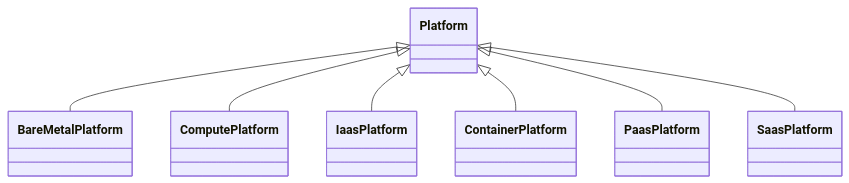
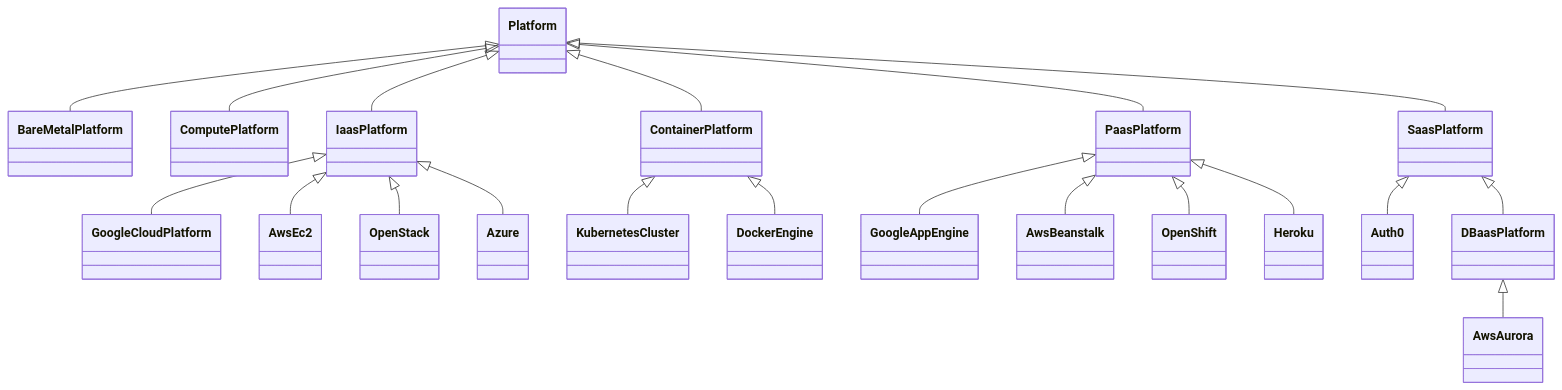
One commit to oasis-open/tosca-community-contributions changed the sixth of 7 diagrams in profiles/community/tosca/platform/README.md. Above: the diagram before and after it, drawn with Mermaid. The commit also changed other lines of this file and 1 other file, not shown here.

Commit message:
Additional document for platform profile types (#219)

````diff
--- a/profiles/community/tosca/platform/README.md
+++ b/profiles/community/tosca/platform/README.md
@@ -157,10 +160,23 @@
 ```mermaid
 classDiagram
     class Platform
     Platform <|-- BareMetalPlatform
     Platform <|-- ComputePlatform
     Platform <|-- IaasPlatform
     Platform <|-- ContainerPlatform
     Platform <|-- PaasPlatform
     Platform <|-- SaasPlatform
+    IaasPlatform <|-- GoogleCloudPlatform
+    IaasPlatform <|-- AwsEc2
+    IaasPlatform <|-- OpenStack
+    IaasPlatform <|-- Azure
+    ContainerPlatform <|-- KubernetesCluster
+    ContainerPlatform <|-- DockerEngine
+    PaasPlatform <|-- GoogleAppEngine
+    PaasPlatform <|-- AwsBeanstalk
+    PaasPlatform <|-- OpenShift
+    PaasPlatform <|-- Heroku
+    SaasPlatform <|-- Auth0
+    SaasPlatform <|-- DBaasPlatform
+    DBaasPlatform <|-- AwsAurora
 ```
````
